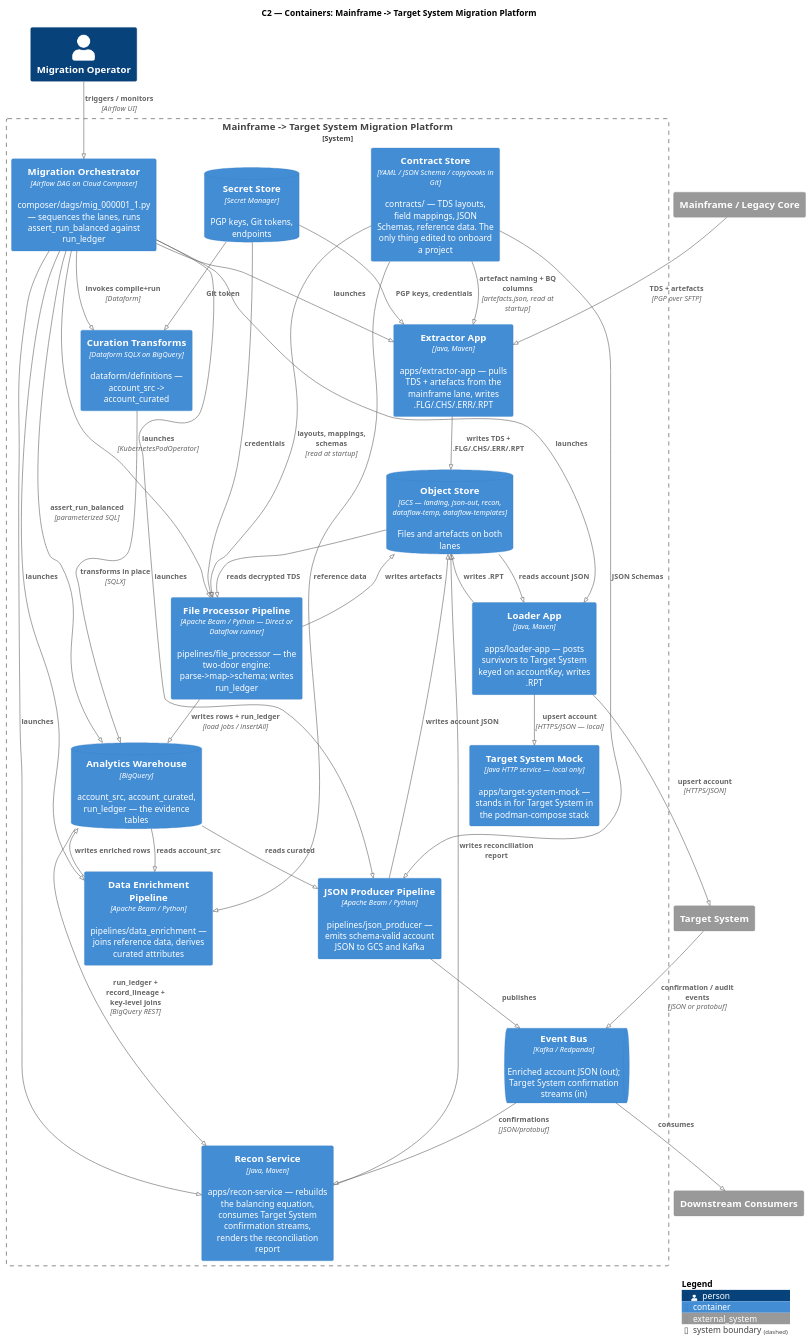
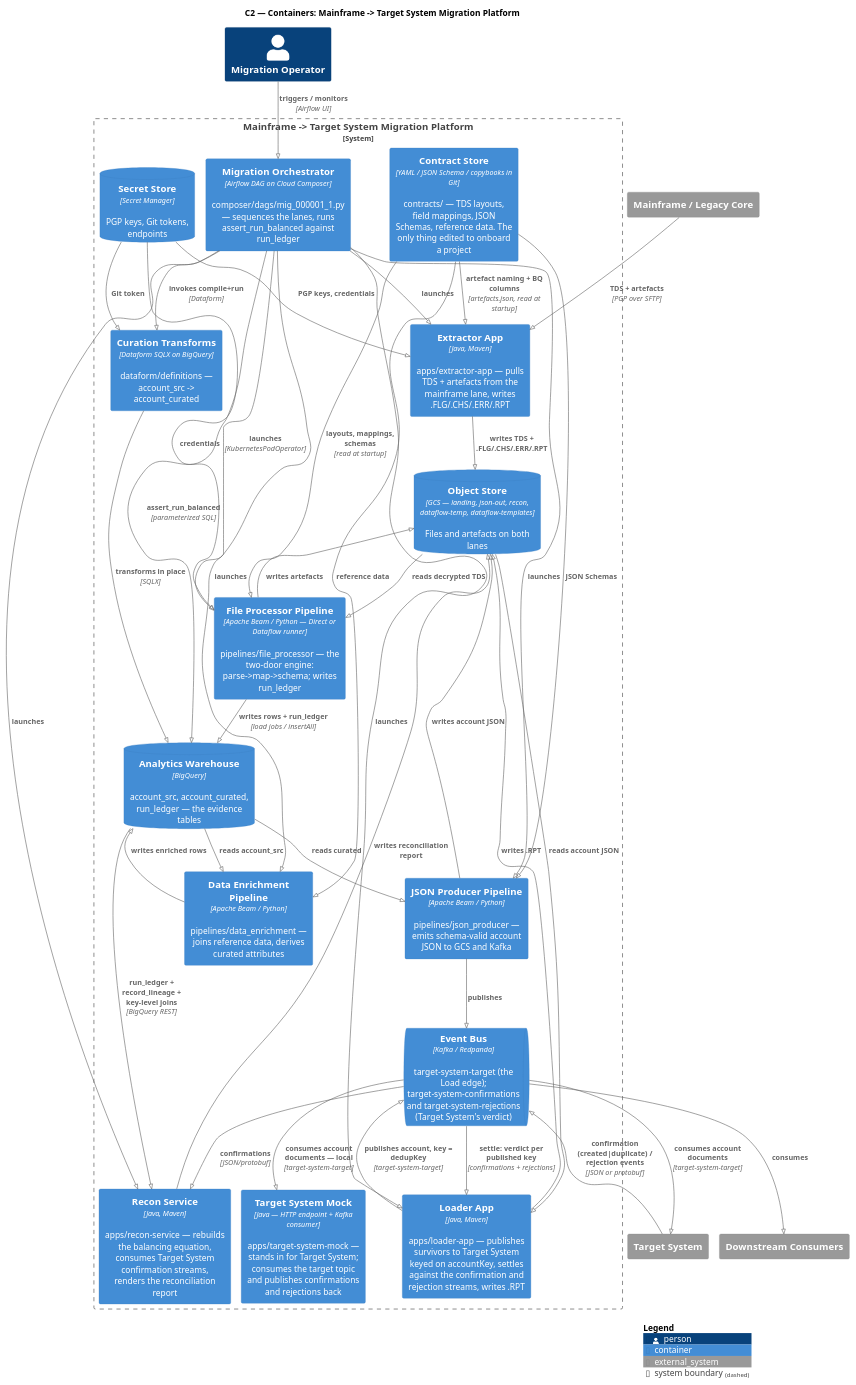
One commit to adrian-balaban/test-gcp-dataflow-dataform-cloud-composer changed the diagram in docs/plantuml/readme-04-c2-containers.puml. Above: the diagram before and after it, drawn with PlantUML. The commit also changed 49 other files, not shown here.

```diff
--- a/docs/plantuml/readme-04-c2-containers.puml
+++ b/docs/plantuml/readme-04-c2-containers.puml
@@ -1,72 +1,74 @@
 @startuml readme-04-c2-containers
 ' PlantUML equivalent of README.md "Slide 4 — C2, Containers"
 !pragma layout smetana
 !include <C4/C4_Container>
 
 title C2 — Containers: Mainframe -> Target System Migration Platform
 
 Person(MO, "Migration Operator", "")
 System_Ext(MF, "Mainframe / Legacy Core", "")
 System_Ext(VC, "Target System", "")
 System_Ext(DS, "Downstream Consumers", "")
 
 System_Boundary(BOUNDARY, "Mainframe -> Target System Migration Platform") {
     Container(DAG,       "Migration Orchestrator", "Airflow DAG on Cloud Composer", "composer/dags/mig_000001_1.py — sequences the lanes, runs assert_run_balanced against run_ledger")
     Container(CONTRACTS, "Contract Store", "YAML / JSON Schema / copybooks in Git", "contracts/ — TDS layouts, field mappings, JSON Schemas, reference data. The only thing edited to onboard a project")
     Container(EXT,       "Extractor App", "Java, Maven", "apps/extractor-app — pulls TDS + artefacts from the mainframe lane, writes .FLG/.CHS/.ERR/.RPT")
     Container(FP,        "File Processor Pipeline", "Apache Beam / Python — Direct or Dataflow runner", "pipelines/file_processor — the two-door engine: parse->map->schema; writes run_ledger")
     Container(EN,        "Data Enrichment Pipeline", "Apache Beam / Python", "pipelines/data_enrichment — joins reference data, derives curated attributes")
     Container(JP,        "JSON Producer Pipeline", "Apache Beam / Python", "pipelines/json_producer — emits schema-valid account JSON to GCS and Kafka")
-    Container(LOAD,      "Loader App", "Java, Maven", "apps/loader-app — posts survivors to Target System keyed on accountKey, writes .RPT")
+    Container(LOAD,      "Loader App", "Java, Maven", "apps/loader-app — publishes survivors to Target System keyed on accountKey, settles against the confirmation and rejection streams, writes .RPT")
     Container(RECON,     "Recon Service", "Java, Maven", "apps/recon-service — rebuilds the balancing equation, consumes Target System confirmation streams, renders the reconciliation report")
     Container(DF,        "Curation Transforms", "Dataform SQLX on BigQuery", "dataform/definitions — account_src -> account_curated")
-    Container(MOCK,      "Target System Mock", "Java HTTP service — local only", "apps/target-system-mock — stands in for Target System in the podman-compose stack")
+    Container(MOCK,      "Target System Mock", "Java — HTTP endpoint + Kafka consumer", "apps/target-system-mock — stands in for Target System; consumes the target topic and publishes confirmations and rejections back")
 
     ContainerDb(LAKE, "Object Store", "GCS — landing, json-out, recon, dataflow-temp, dataflow-templates", "Files and artefacts on both lanes")
     ContainerDb(BQ,   "Analytics Warehouse", "BigQuery", "account_src, account_curated, run_ledger — the evidence tables")
-    ContainerQueue(BUS, "Event Bus", "Kafka / Redpanda", "Enriched account JSON (out); Target System confirmation streams (in)")
+    ContainerQueue(BUS, "Event Bus", "Kafka / Redpanda", "target-system-target (the Load edge); target-system-confirmations and target-system-rejections (Target System's verdict)")
     ContainerDb(SEC,  "Secret Store", "Secret Manager", "PGP keys, Git tokens, endpoints")
 }
 
 Rel(MO, DAG, "triggers / monitors", "Airflow UI")
 Rel(MF, EXT, "TDS + artefacts", "PGP over SFTP")
 
 Rel(DAG, FP,    "launches", "KubernetesPodOperator")
 Rel(DAG, EN,    "launches")
 Rel(DAG, JP,    "launches")
 Rel(DAG, EXT,   "launches")
 Rel(DAG, LOAD,  "launches")
 Rel(DAG, RECON, "launches")
 Rel(DAG, DF,    "invokes compile+run", "Dataform")
 Rel(DAG, BQ,    "assert_run_balanced", "parameterized SQL")
 
 Rel_D(CONTRACTS, FP,  "layouts, mappings, schemas", "read at startup")
 Rel_D(CONTRACTS, EN,  "reference data")
 Rel_D(CONTRACTS, JP,  "JSON Schemas")
 Rel(CONTRACTS,   EXT, "artefact naming + BQ columns", "artefacts.json, read at startup")
 
 Rel(EXT,  LAKE, "writes TDS + .FLG/.CHS/.ERR/.RPT")
 Rel(LAKE, FP,   "reads decrypted TDS")
 Rel(FP,   BQ,   "writes rows + run_ledger", "load jobs / insertAll")
 Rel(FP,   LAKE, "writes artefacts")
 Rel(BQ,   EN,   "reads account_src")
 Rel(EN,   BQ,   "writes enriched rows")
 Rel(BQ,   JP,   "reads curated")
 Rel(JP,   LAKE, "writes account JSON")
 Rel(JP,   BUS,  "publishes")
 Rel(BUS,  DS,   "consumes")
 Rel(BUS,  RECON,"confirmations", "JSON/protobuf")
 Rel(LAKE, LOAD, "reads account JSON")
-Rel(LOAD, VC,   "upsert account", "HTTPS/JSON")
-Rel(VC,   BUS,  "confirmation / audit events", "JSON or protobuf")
-Rel(LOAD, MOCK, "upsert account", "HTTPS/JSON — local")
+Rel(LOAD, BUS,  "publishes account, key = dedupKey", "target-system-target")
+Rel(BUS,  VC,   "consumes account documents", "target-system-target")
+Rel(VC,   BUS,  "confirmation (created|duplicate) / rejection events", "JSON or protobuf")
+Rel(BUS,  LOAD, "settle: verdict per published key", "confirmations + rejections")
+Rel(BUS,  MOCK, "consumes account documents — local", "target-system-target")
 Rel(LOAD, LAKE, "writes .RPT")
 Rel(BQ,   RECON,"run_ledger + record_lineage + key-level joins", "BigQuery REST")
 Rel(RECON,LAKE, "writes reconciliation report")
 Rel(DF,   BQ,   "transforms in place", "SQLX")
 Rel_D(SEC, EXT, "PGP keys, credentials")
 Rel_D(SEC, FP,  "credentials")
 Rel_D(SEC, DF,  "Git token")
 
 SHOW_LEGEND()
 @enduml
```
